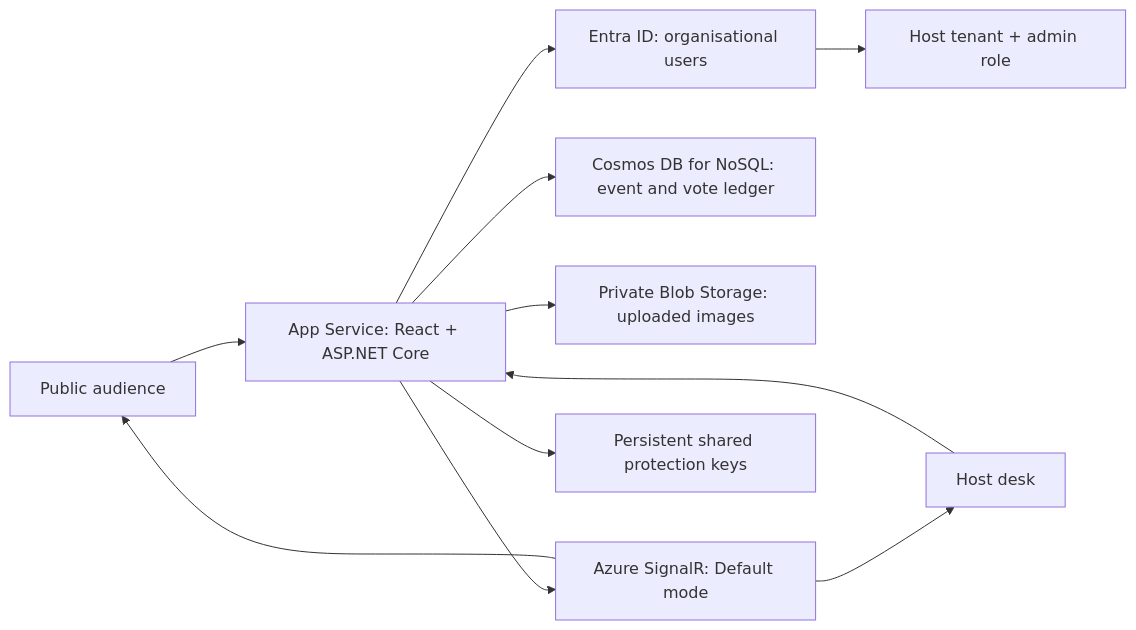
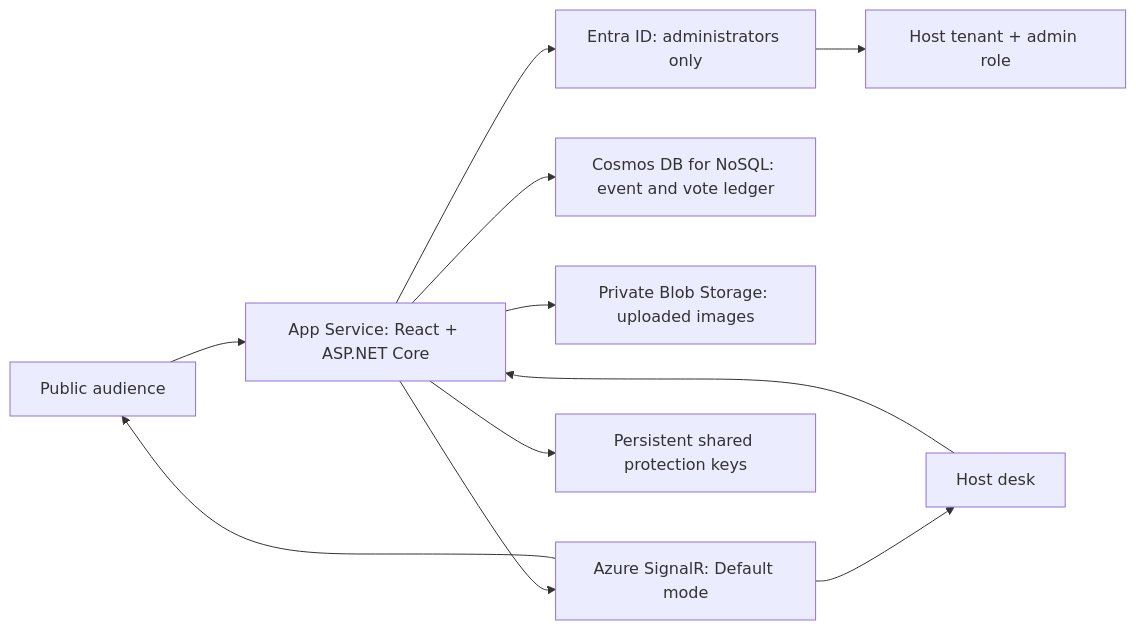
Before and after one commit to Copilot-Connection/copilot-fireside-christmas: the diagram in README.md, drawn with Mermaid. The commit also changed other lines of this file and 22 other files, not shown here.

````diff
--- a/README.md
+++ b/README.md
@@ -174,13 +181,13 @@
 ```mermaid
 flowchart LR
   Audience[Public audience] --> App[App Service: React + ASP.NET Core]
   Host[Host desk] --> App
-  App --> Entra[Entra ID: organisational users]
+  App --> Entra[Entra ID: administrators only]
   Entra --> Roles[Host tenant + admin role]
   App --> Cosmos[Cosmos DB for NoSQL: event and vote ledger]
   App --> Blob[Private Blob Storage: uploaded images]
   App --> SignalR[Azure SignalR: Default mode]
   SignalR --> Audience
   SignalR --> Host
   App --> Keys[Persistent shared protection keys]
 ```
````
